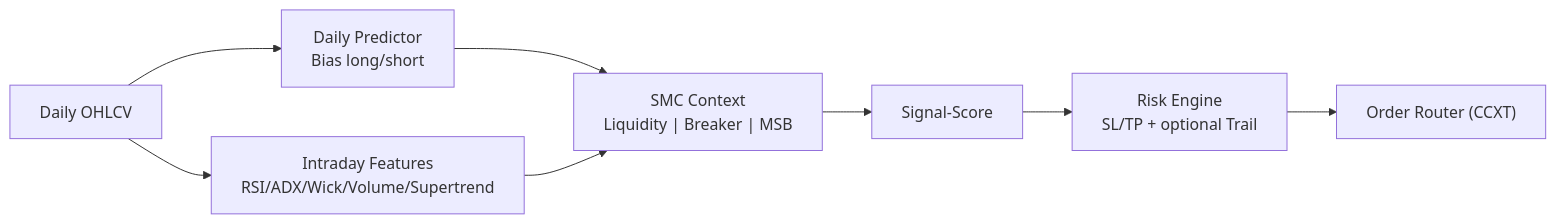
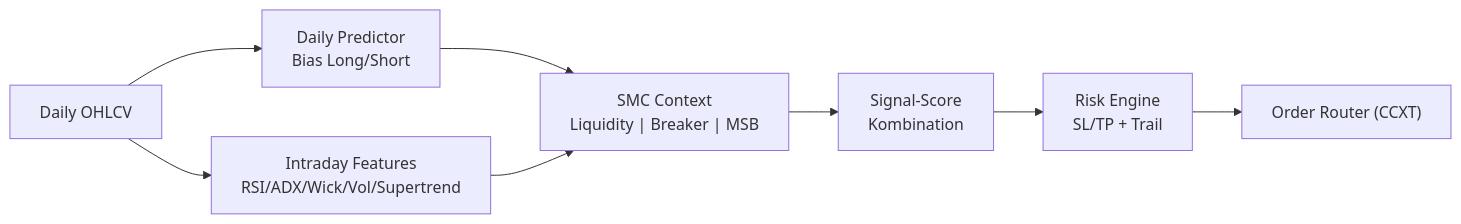
One commit to Youra82/pbot changed the diagram in README.md. Above: the diagram before and after it, drawn with Mermaid. The commit also changed other lines of this file and 1 other file, not shown here.

````diff
--- a/README.md
+++ b/README.md
@@ -31,14 +31,14 @@
 ```mermaid
 flowchart LR
     A["Daily OHLCV"]
-    B["Daily Predictor<br/>Bias long/short"]
-    C["Intraday Features<br/>RSI/ADX/Wick/Volume/Supertrend"]
+    B["Daily Predictor<br/>Bias Long/Short"]
+    C["Intraday Features<br/>RSI/ADX/Wick/Vol/Supertrend"]
     D["SMC Context<br/>Liquidity | Breaker | MSB"]
-    E["Signal-Score"]
-    F["Risk Engine<br/>SL/TP + optional Trail"]
+    E["Signal-Score<br/>Kombination"]
+    F["Risk Engine<br/>SL/TP + Trail"]
     G["Order Router (CCXT)"]
 
     A --> B
     A --> C
     B & C --> D --> E --> F --> G
 ```
````
